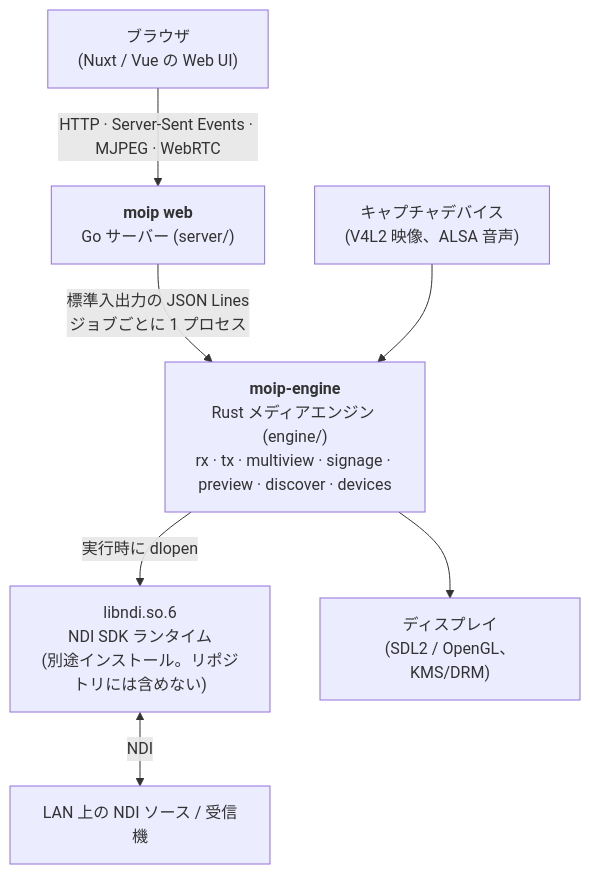
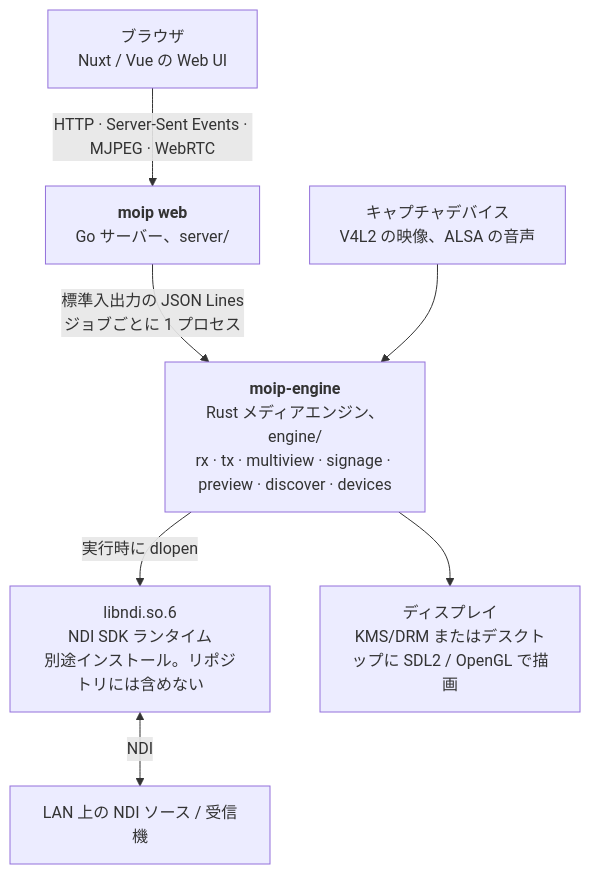
Before and after one commit to TechnoTUT/moip-toolkit: the diagram in README.ja.md, drawn with Mermaid. The commit also changed other lines of this file and 1 other file, not shown here.

First line of the commit message:
docs: describe KMS/DRM as the default output and trim asides

````diff
--- a/README.ja.md
+++ b/README.ja.md
@@ -10,17 +10,17 @@
 ```mermaid
 flowchart TD
-    browser["ブラウザ<br/>(Nuxt / Vue の Web UI)"]
-    server["<b>moip web</b><br/>Go サーバー (server/)"]
-    engine["<b>moip-engine</b><br/>Rust メディアエンジン (engine/)<br/>rx · tx · multiview · signage · preview · discover · devices"]
-    ndi["libndi.so.6<br/>NDI SDK ランタイム<br/>(別途インストール。リポジトリには含めない)"]
-    display["ディスプレイ<br/>(SDL2 / OpenGL、KMS/DRM)"]
-    capture["キャプチャデバイス<br/>(V4L2 映像、ALSA 音声)"]
+    browser["ブラウザ<br/>Nuxt / Vue の Web UI"]
+    server["<b>moip web</b><br/>Go サーバー、server/"]
+    engine["<b>moip-engine</b><br/>Rust メディアエンジン、engine/<br/>rx · tx · multiview · signage · preview · discover · devices"]
+    ndi["libndi.so.6<br/>NDI SDK ランタイム<br/>別途インストール。リポジトリには含めない"]
+    display["ディスプレイ<br/>KMS/DRM またはデスクトップに SDL2 / OpenGL で描画"]
+    capture["キャプチャデバイス<br/>V4L2 の映像、ALSA の音声"]
     lan["LAN 上の NDI ソース / 受信機"]
 
     browser -- "HTTP · Server-Sent Events · MJPEG · WebRTC" --> server
     server -- "標準入出力の JSON Lines<br/>ジョブごとに 1 プロセス" --> engine
     engine -- "実行時に dlopen" --> ndi
     ndi <-- "NDI" --> lan
     engine --> display
     capture --> engine
 ```
````
